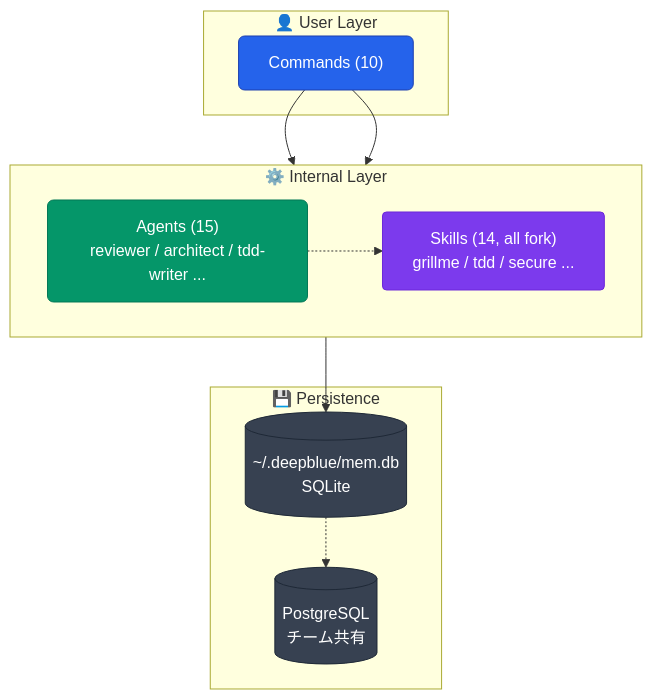
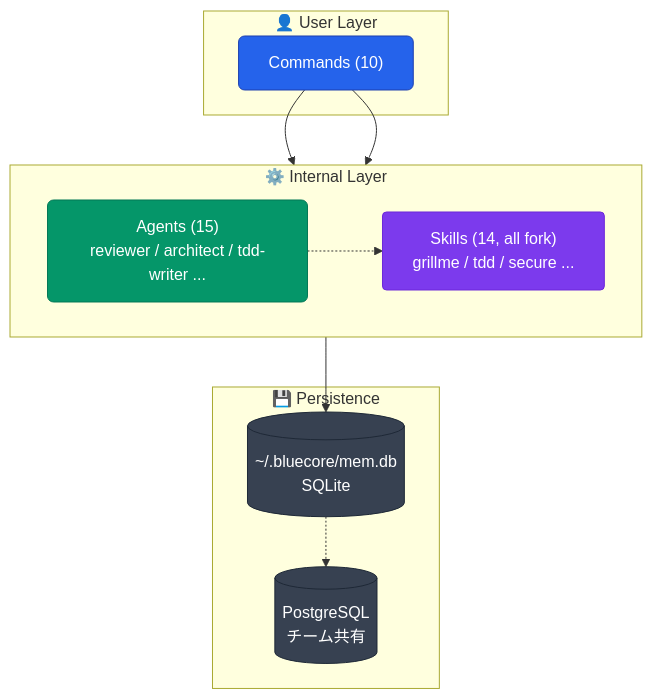
Before and after one commit to aokumablue/claq: diagram 12 of 12 in README.md, drawn with Mermaid. The commit also changed other lines of this file and 719 other files, not shown here.

````diff
--- a/README.md
+++ b/README.md
@@ -515,28 +515,28 @@
 ```mermaid
 flowchart TB
   classDef cmd    fill:#2563eb,stroke:#1e40af,color:#fff,rx:6
   classDef agent  fill:#059669,stroke:#047857,color:#fff,rx:6
   classDef skill  fill:#7c3aed,stroke:#6d28d9,color:#fff,rx:4
   classDef store  fill:#374151,stroke:#1f2937,color:#fff,rx:4
 
   subgraph user["👤 User Layer"]
     CMD["Commands (10)"]:::cmd
   end
 
   subgraph internal["⚙️ Internal Layer"]
     direction LR
     AGT["Agents (15)<br/>reviewer / architect / tdd-writer ..."]:::agent
     SKL["Skills (14, all fork)<br/>grillme / tdd / secure ..."]:::skill
   end
 
   subgraph persistence["💾 Persistence"]
-    DB[("~/.deepblue/mem.db<br/>SQLite")]:::store
+    DB[("~/.bluecore/mem.db<br/>SQLite")]:::store
     PG[("PostgreSQL<br/>チーム共有")]:::store
   end
 
   CMD --> AGT
   CMD --> SKL
   AGT -.-> SKL
   AGT --> DB
   DB -.-> PG
 ```
````
